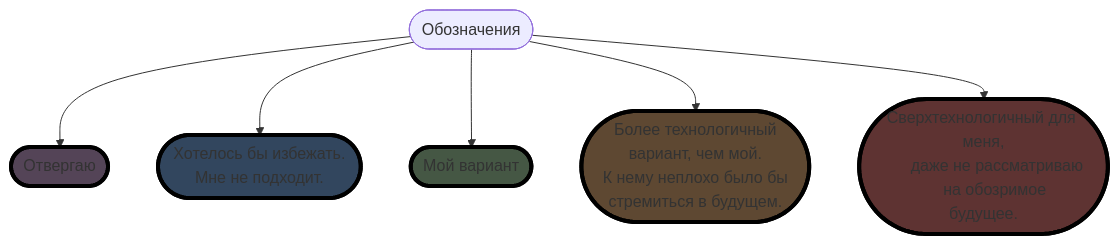
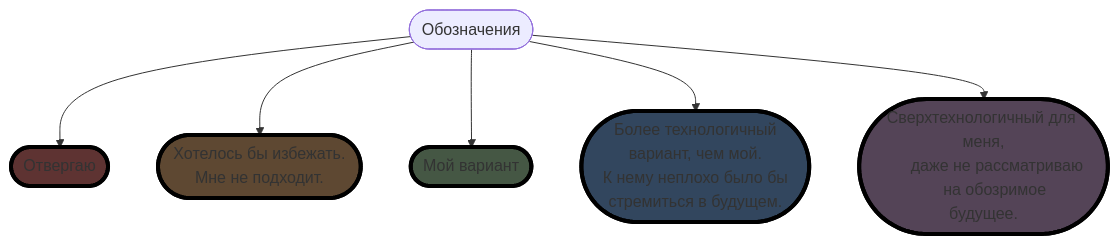
The first of 2 diagrams in README.md (ufrs12/OLTA-RU), drawn with Mermaid before and after one commit.

````diff
--- a/README.md
+++ b/README.md
@@ -7,29 +7,29 @@
 ```mermaid
 graph TD;
 classDef class1 fill:#544457, stroke:#000, stroke-width:4px
 classDef class2 fill:#32465e, stroke:#000, stroke-width:4px
 classDef class3 fill:#455744, stroke:#000, stroke-width:4px
 classDef class4 fill:#5e4832, stroke:#000, stroke-width:4px
 classDef class5 fill:#5e3332, stroke:#000, stroke-width:4px
 
    
     A([Обозначения])
-    B([Отвергаю]):::class1
+    B([Отвергаю]):::class5
     C([Хотелось бы избежать.
-      Мне не подходит.]):::class2
+      Мне не подходит.]):::class4
     D([Мой вариант]):::class3
     E([Более технологичный
       вариант, чем мой.  
       К нему неплохо было бы
-      стремиться в будущем.]):::class4
+      стремиться в будущем.]):::class2
     F([Сверхтехнологичный для меня,
       даже не рассматриваю
-      на обозримое будущее.]):::class5
+      на обозримое будущее.]):::class1
 
     A-->B;
     A-->C;
     A-->D;
     A-->E;
     A-->F;
 
 ```
````
